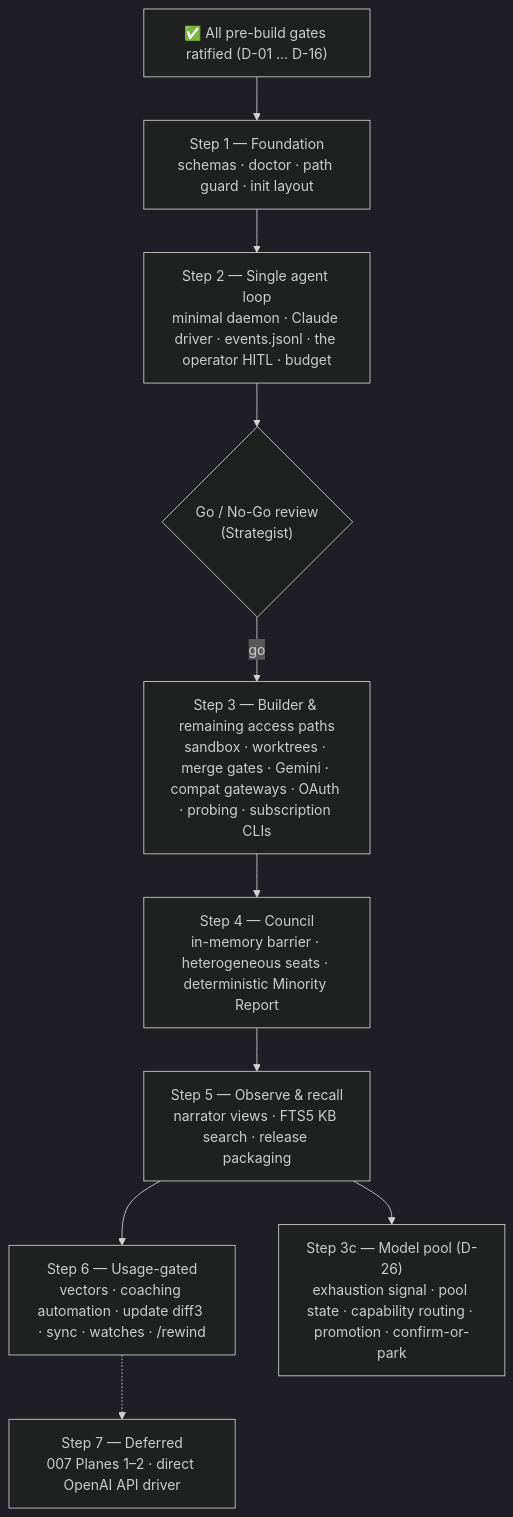
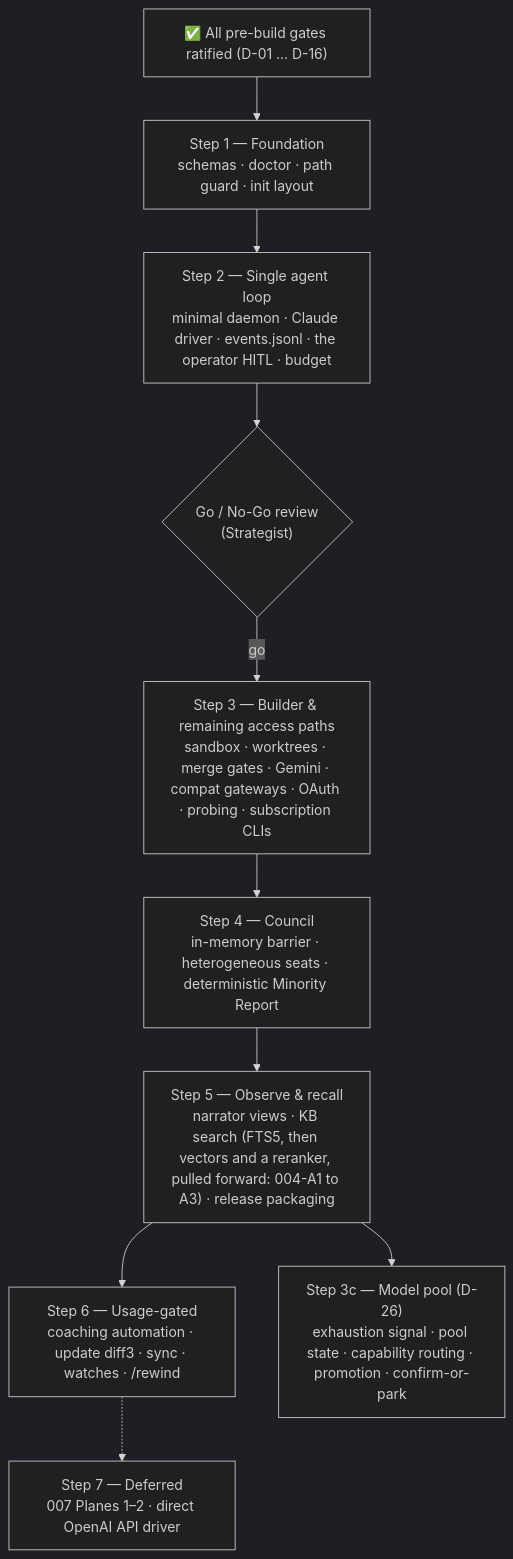
One commit to jessevondoom/delphi changed the diagram in missions/2026-10-23-foundational-design/roadmap.md. Above: the diagram before and after it, drawn with Mermaid (dark theme). The commit also changed other lines of this file and 12 other files, not shown here.

````diff
--- a/missions/2026-10-23-foundational-design/roadmap.md
+++ b/missions/2026-10-23-foundational-design/roadmap.md
@@ -22,13 +22,13 @@
 ```mermaid
 flowchart TD
     G["✅ All pre-build gates ratified (D-01 … D-16)"] --> S1
     S1["Step 1 — Foundation\nschemas · doctor · path guard · init layout"] --> S2
     S2["Step 2 — Single agent loop\nminimal daemon · Claude driver · events.jsonl · the operator HITL · budget"] --> GNG{"Go / No-Go review\n(Strategist)"}
     GNG -->|go| S3
     S3["Step 3 — Builder & remaining access paths\nsandbox · worktrees · merge gates · Gemini · compat gateways · OAuth · probing · subscription CLIs"] --> S4
     S4["Step 4 — Council\nin-memory barrier · heterogeneous seats · deterministic Minority Report"] --> S5
-    S5["Step 5 — Observe & recall\nnarrator views · FTS5 KB search · release packaging"] --> S6
-    S6["Step 6 — Usage-gated\nvectors · coaching automation · update diff3 · sync · watches · /rewind"]
+    S5["Step 5 — Observe & recall\nnarrator views · KB search (FTS5, then vectors and a reranker, pulled forward: 004-A1 to A3) · release packaging"] --> S6
+    S6["Step 6 — Usage-gated\ncoaching automation · update diff3 · sync · watches · /rewind"]
     S6 -.-> S7["Step 7 — Deferred\n007 Planes 1–2 · direct OpenAI API driver"]
     S5 --> S3C["Step 3c — Model pool (D-26)\nexhaustion signal · pool state · capability routing · promotion · confirm-or-park"]
 ```
````
